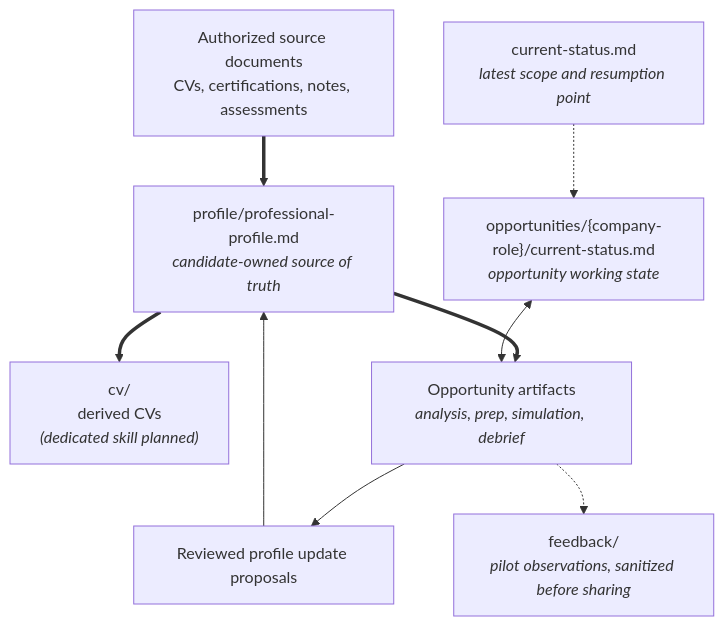
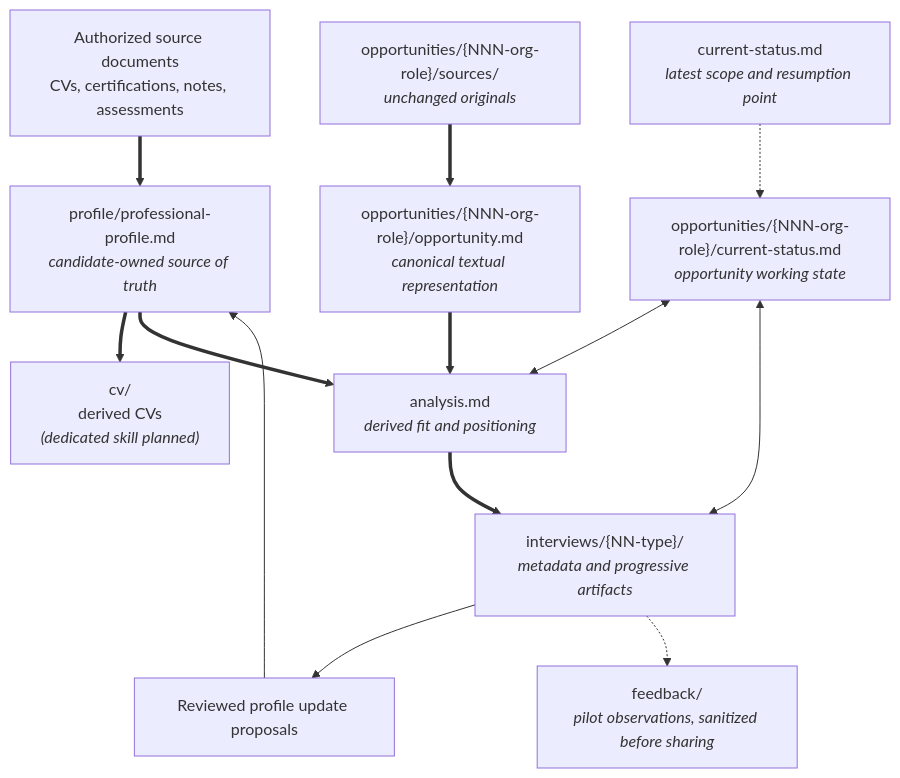
One commit to JeromeJ77/career-ai-toolkit changed the second of 2 diagrams in docs/architecture.md. Above: the diagram before and after it, drawn with Mermaid. The commit also changed other lines of this file and 21 other files, not shown here.

````diff
--- a/docs/architecture.md
+++ b/docs/architecture.md
@@ -43,20 +43,27 @@
 ```mermaid
 flowchart TD
     sources["Authorized source documents<br/>CVs, certifications, notes, assessments"]
     profile["profile/professional-profile.md<br/><i>candidate-owned source of truth</i>"]
     workspaceStatus["current-status.md<br/><i>latest scope and resumption point</i>"]
     cv["cv/<br/>derived CVs<br/><i>(dedicated skill planned)</i>"]
-    opportunityStatus["opportunities/{company-role}/current-status.md<br/><i>opportunity working state</i>"]
-    opportunity["Opportunity artifacts<br/><i>analysis, prep, simulation, debrief</i>"]
+    opportunitySource["opportunities/{NNN-org-role}/opportunity.md<br/><i>canonical textual representation</i>"]
+    opportunityOriginals["opportunities/{NNN-org-role}/sources/<br/><i>unchanged originals</i>"]
+    opportunityWork["analysis.md<br/><i>derived fit and positioning</i>"]
+    opportunityStatus["opportunities/{NNN-org-role}/current-status.md<br/><i>opportunity working state</i>"]
+    interview["interviews/{NN-type}/<br/><i>metadata and progressive artifacts</i>"]
     updates["Reviewed profile update proposals"]
     feedback["feedback/<br/><i>pilot observations, sanitized before sharing</i>"]
 
     sources ==> profile
     profile ==> cv
-    profile ==> opportunity
+    opportunityOriginals ==> opportunitySource
+    profile ==> opportunityWork
+    opportunitySource ==> opportunityWork
     workspaceStatus -.-> opportunityStatus
-    opportunityStatus <--> opportunity
-    opportunity --> updates
+    opportunityStatus <--> opportunityWork
+    opportunityWork ==> interview
+    opportunityStatus <--> interview
+    interview --> updates
     updates --> profile
-    opportunity -.-> feedback
+    interview -.-> feedback
 ```
````
